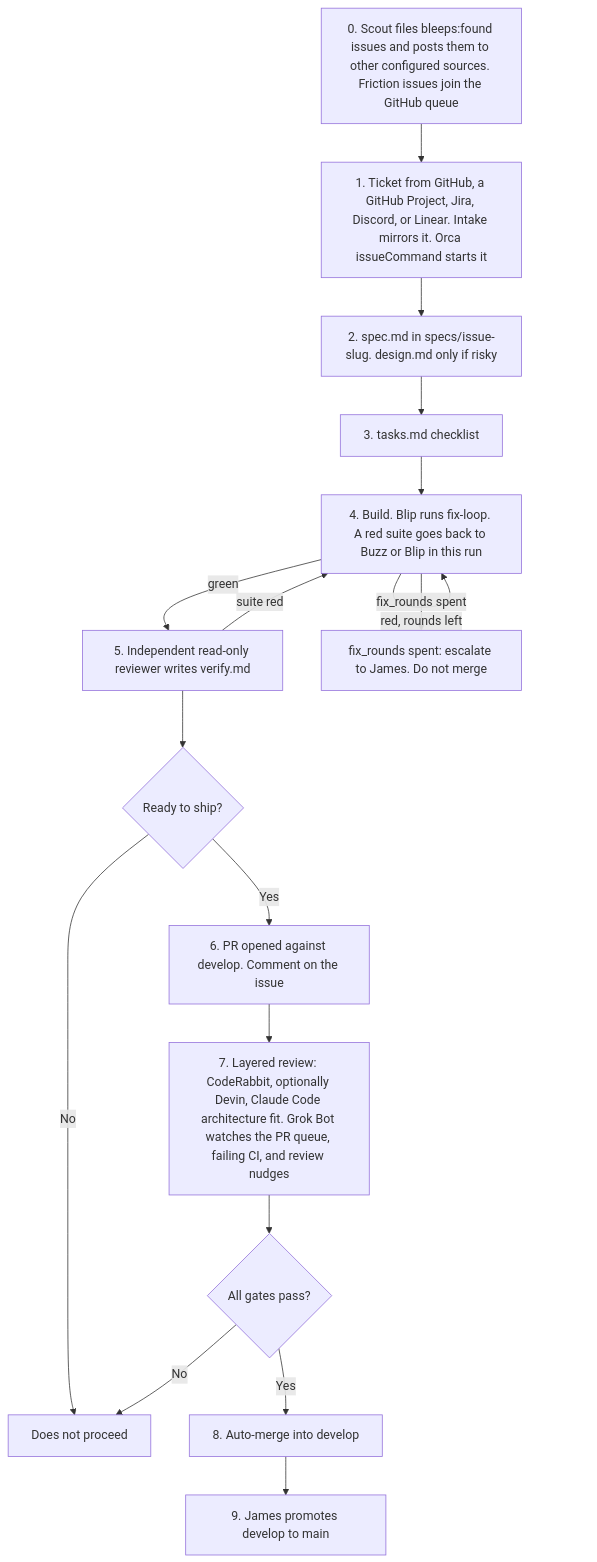
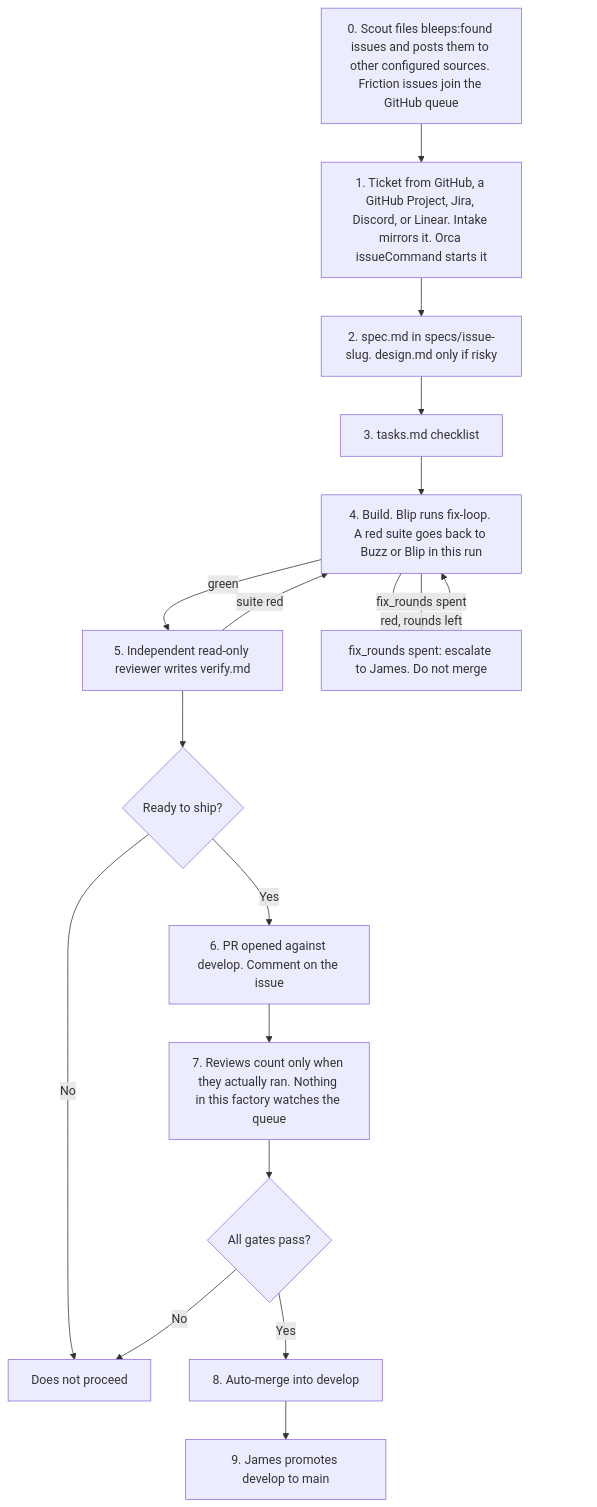
Before and after one commit to eljamez/bleeps-and-bloops: the diagram in docs/flow.md, drawn with Mermaid. The commit also changed other lines of this file and 43 other files, not shown here.

````diff
--- a/docs/flow.md
+++ b/docs/flow.md
@@ -24,27 +24,27 @@
 ```mermaid
 flowchart TD
   s0["0. Scout files bleeps:found issues and posts them to other configured sources. Friction issues join the GitHub queue"]
   s1["1. Ticket from GitHub, a GitHub Project, Jira, Discord, or Linear. Intake mirrors it. Orca issueCommand starts it"]
   s2["2. spec.md in specs/issue-slug. design.md only if risky"]
   s3["3. tasks.md checklist"]
   s4["4. Build. Blip runs fix-loop. A red suite goes back to Buzz or Blip in this run"]
   s5["5. Independent read-only reviewer writes verify.md"]
   ready{"Ready to ship?"}
   hold["Does not proceed"]
   limit["fix_rounds spent: escalate to James. Do not merge"]
   s6["6. PR opened against develop. Comment on the issue"]
-  s7["7. Layered review: CodeRabbit, optionally Devin, Claude Code architecture fit. Grok Bot watches the PR queue, failing CI, and review nudges"]
+  s7["7. Reviews count only when they actually ran. Nothing in this factory watches the queue"]
   gates{"All gates pass?"}
   s8["8. Auto-merge into develop"]
   s9["9. James promotes develop to main"]
 
   s0 --> s1 --> s2 --> s3 --> s4
   s4 -->|green| s5 --> ready
   s4 -->|red, rounds left| s4
   s4 -->|fix_rounds spent| limit
   s5 -->|suite red| s4
   ready -->|No| hold
   ready -->|Yes| s6 --> s7 --> gates
   gates -->|No| hold
   gates -->|Yes| s8 --> s9
 ```
````
